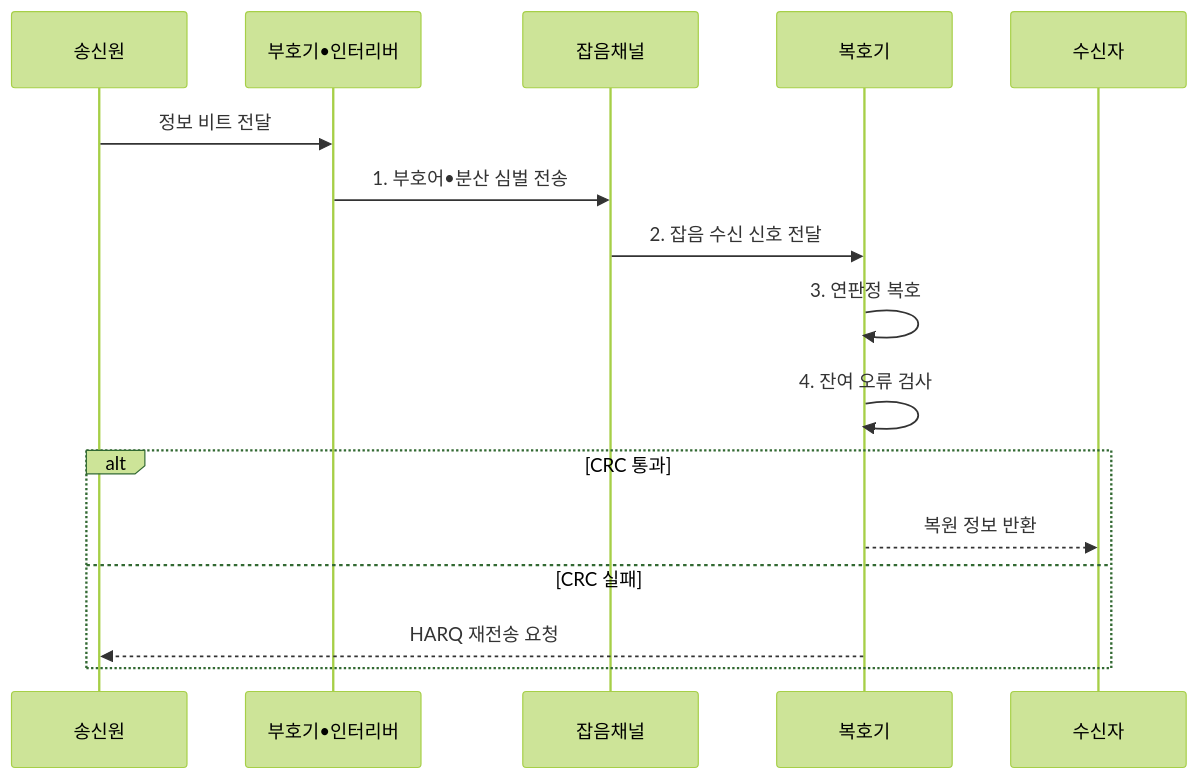
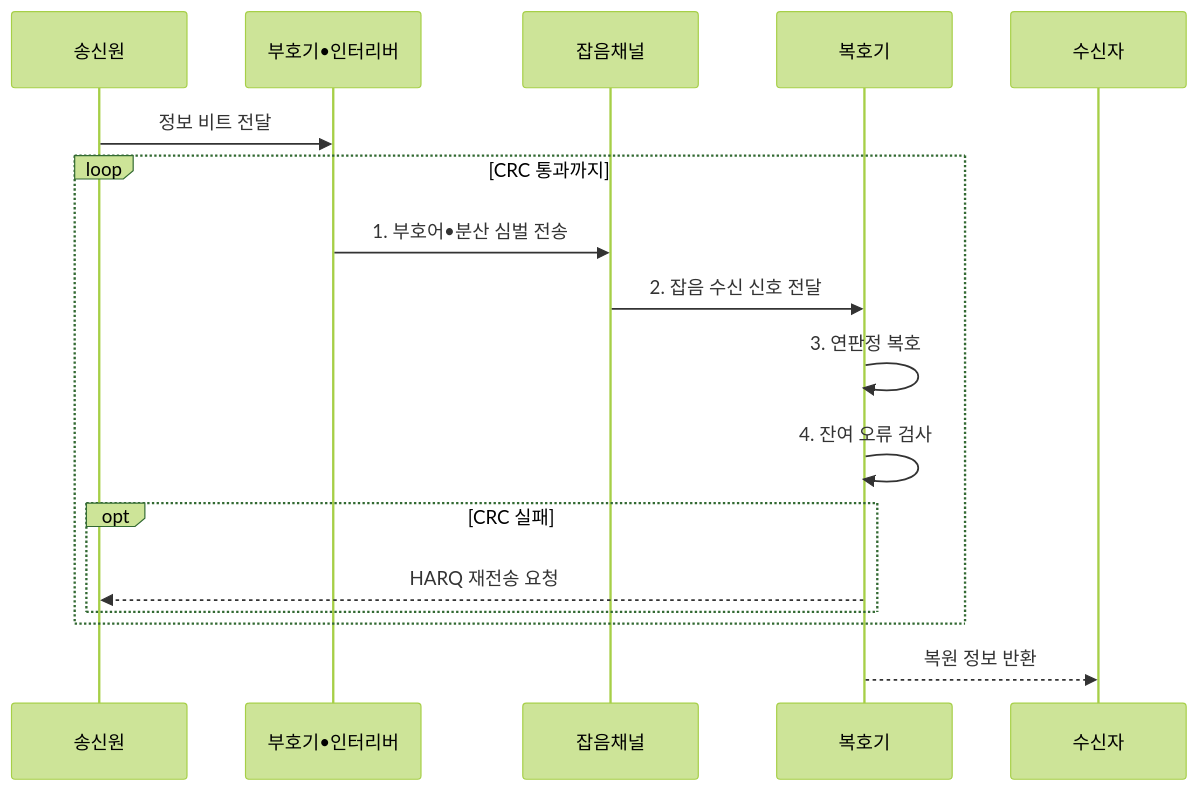
Before and after one commit to agnusdei1207/knowledge-base: the second of 2 diagrams in src/content/docs/notes/04-network/063_channel_coding.md, drawn with Mermaid (forest theme). The commit also changed other lines of this file and 10 other files, not shown here.

````diff
--- a/src/content/docs/notes/04-network/063_channel_coding.md
+++ b/src/content/docs/notes/04-network/063_channel_coding.md
@@ -97,18 +97,19 @@
 ```mermaid
 sequenceDiagram
     participant 송신원
     participant 부호기•인터리버
     participant 잡음채널
     participant 복호기
     participant 수신자
     송신원->>부호기•인터리버: 정보 비트 전달
-    부호기•인터리버->>잡음채널: 1. 부호어•분산 심벌 전송
-    잡음채널->>복호기: 2. 잡음 수신 신호 전달
-    복호기->>복호기: 3. 연판정 복호
-    복호기->>복호기: 4. 잔여 오류 검사
-    alt CRC 통과
-        복호기-->>수신자: 복원 정보 반환
-    else CRC 실패
-        복호기-->>송신원: HARQ 재전송 요청
+    loop CRC 통과까지
+        부호기•인터리버->>잡음채널: 1. 부호어•분산 심벌 전송
+        잡음채널->>복호기: 2. 잡음 수신 신호 전달
+        복호기->>복호기: 3. 연판정 복호
+        복호기->>복호기: 4. 잔여 오류 검사
+        opt CRC 실패
+            복호기-->>송신원: HARQ 재전송 요청
+        end
     end
+    복호기-->>수신자: 복원 정보 반환
 ```
````
